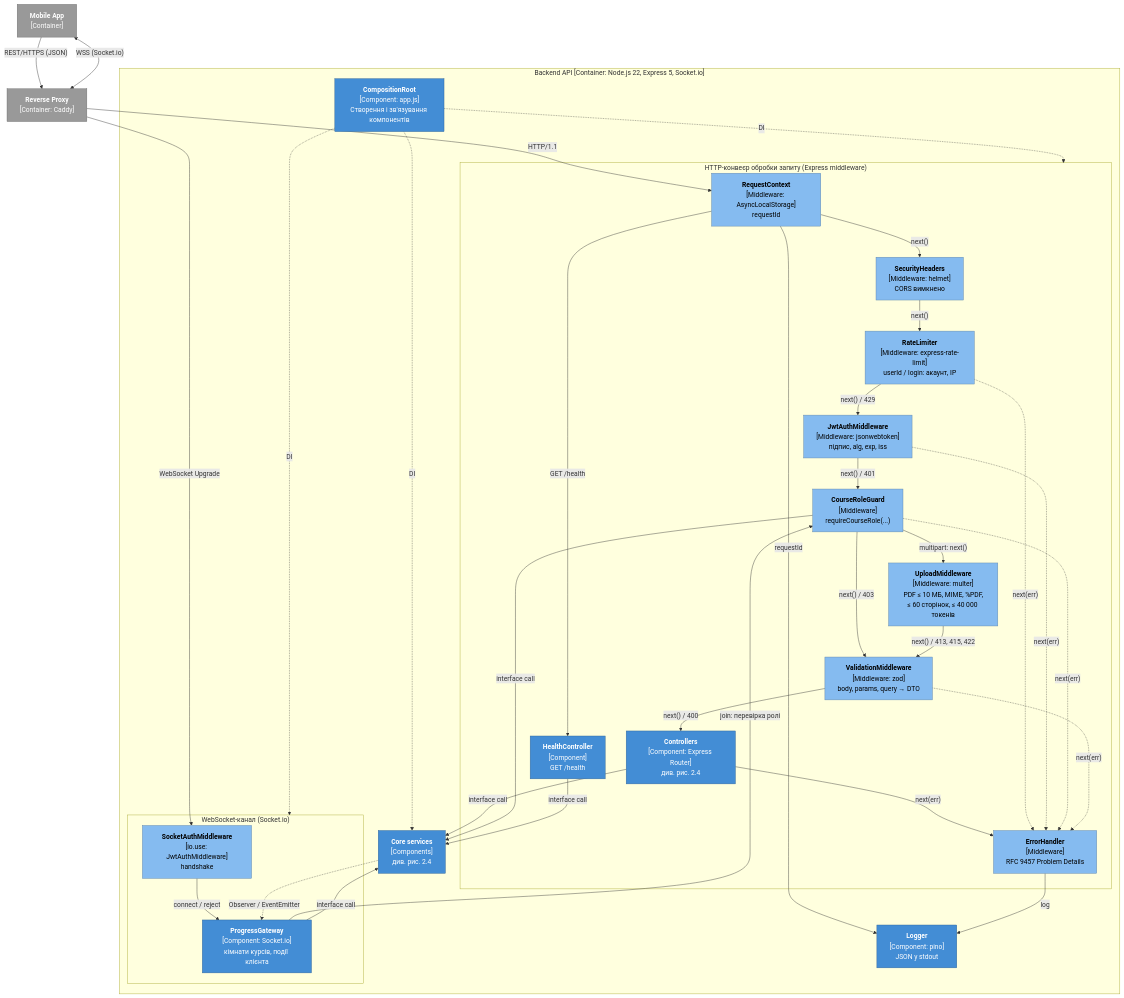
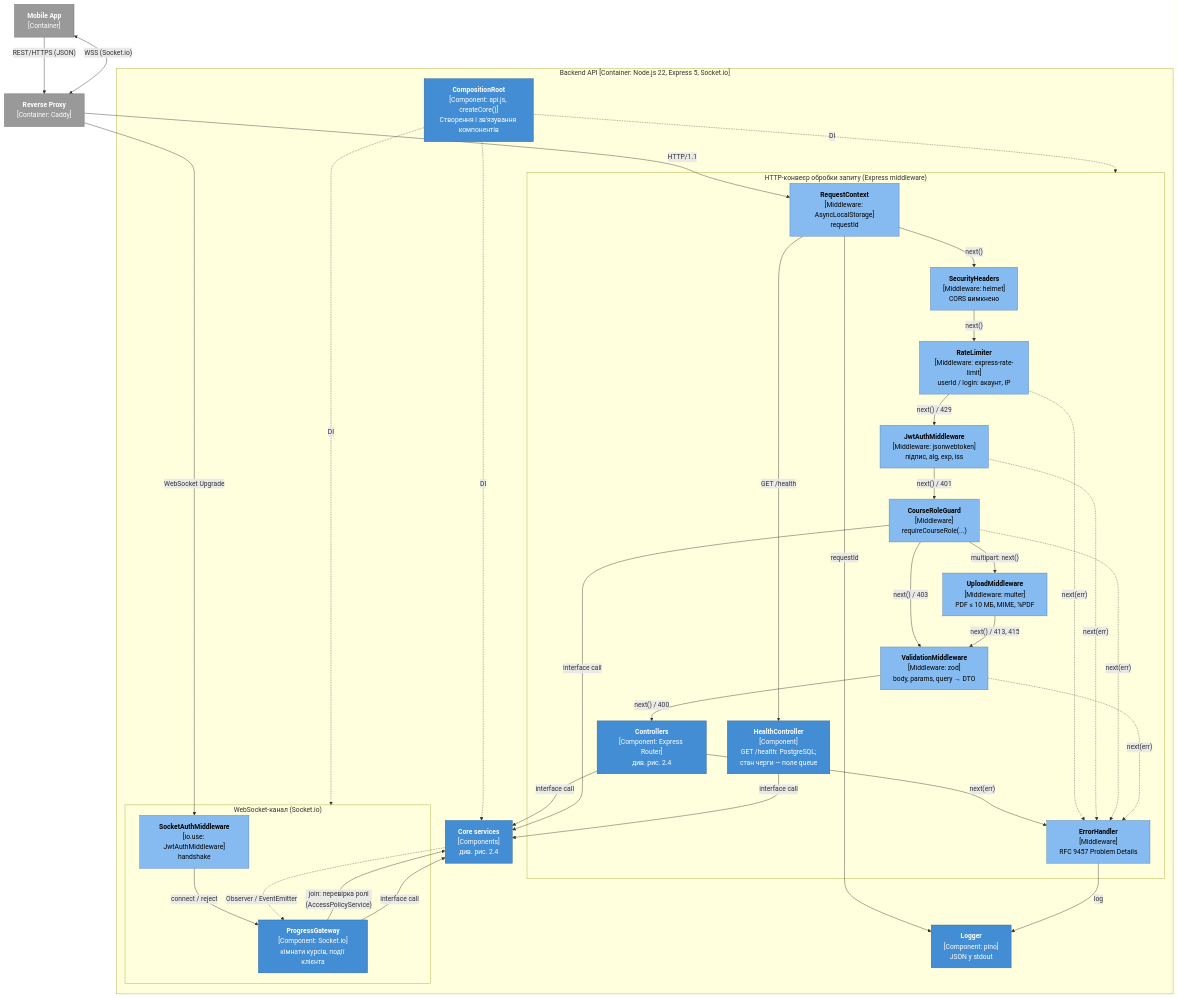
Before and after one commit to MarcoGr11/Recall: the third of 8 diagrams in docs/2_design.md, drawn with Mermaid. The commit also changed other lines of this file and 10 other files, not shown here.

Commit message:
docs: justify modular monolith style and code patterns after architectural audit

````diff
--- a/docs/2_design.md
+++ b/docs/2_design.md
@@ -314,65 +415,65 @@
 ```mermaid
 flowchart TB
     mobile["<b>Mobile App</b><br/>[Container]"]
     proxy["<b>Reverse Proxy</b><br/>[Container: Caddy]"]
 
     subgraph api["Backend API [Container: Node.js 22, Express 5, Socket.io]"]
-        root["<b>CompositionRoot</b><br/>[Component: app.js]<br/>Створення і зв'язування компонентів"]
+        root["<b>CompositionRoot</b><br/>[Component: api.js, createCore()]<br/>Створення і зв'язування компонентів"]
         subgraph http["HTTP-конвеєр обробки запиту (Express middleware)"]
             ctx["<b>RequestContext</b><br/>[Middleware: AsyncLocalStorage]<br/>requestId"]
             sec["<b>SecurityHeaders</b><br/>[Middleware: helmet]<br/>CORS вимкнено"]
             rl["<b>RateLimiter</b><br/>[Middleware: express-rate-limit]<br/>userId / login: акаунт, IP"]
             jwt["<b>JwtAuthMiddleware</b><br/>[Middleware: jsonwebtoken]<br/>підпис, alg, exp, iss"]
             guard["<b>CourseRoleGuard</b><br/>[Middleware]<br/>requireCourseRole(...)"]
-            upload["<b>UploadMiddleware</b><br/>[Middleware: multer]<br/>PDF ≤ 10 МБ, MIME, %PDF,<br/>≤ 60 сторінок, ≤ 40 000 токенів"]
+            upload["<b>UploadMiddleware</b><br/>[Middleware: multer]<br/>PDF ≤ 10 МБ, MIME, %PDF"]
             valid["<b>ValidationMiddleware</b><br/>[Middleware: zod]<br/>body, params, query → DTO"]
             ctrl["<b>Controllers</b><br/>[Component: Express Router]<br/>див. рис. 2.4"]
             err["<b>ErrorHandler</b><br/>[Middleware]<br/>RFC 9457 Problem Details"]
-            health["<b>HealthController</b><br/>[Component]<br/>GET /health"]
+            health["<b>HealthController</b><br/>[Component]<br/>GET /health: PostgreSQL;<br/>стан черги — поле queue"]
         end
         subgraph ws["WebSocket-канал (Socket.io)"]
             wsAuth["<b>SocketAuthMiddleware</b><br/>[io.use: JwtAuthMiddleware]<br/>handshake"]
             gw["<b>ProgressGateway</b><br/>[Component: Socket.io]<br/>кімнати курсів, події клієнта"]
         end
         logger["<b>Logger</b><br/>[Component: pino]<br/>JSON у stdout"]
         core["<b>Core services</b><br/>[Components]<br/>див. рис. 2.4"]
     end
 
     mobile -- "REST/HTTPS (JSON)" --> proxy
     mobile <-- "WSS (Socket.io)" --> proxy
     proxy -- "HTTP/1.1" --> ctx
     proxy -- "WebSocket Upgrade" --> wsAuth
     ctx -- "next()" --> sec
     ctx -- "GET /health" --> health
     sec -- "next()" --> rl
     rl -- "next() / 429" --> jwt
     jwt -- "next() / 401" --> guard
     guard -- "multipart: next()" --> upload
     guard -- "next() / 403" --> valid
-    upload -- "next() / 413, 415, 422" --> valid
+    upload -- "next() / 413, 415" --> valid
     valid -- "next() / 400" --> ctrl
     ctrl -- "interface call" --> core
     ctrl -- "next(err)" --> err
     rl -. "next(err)" .-> err
     jwt -. "next(err)" .-> err
     guard -. "next(err)" .-> err
     valid -. "next(err)" .-> err
     wsAuth -- "connect / reject" --> gw
-    gw -- "join: перевірка ролі" --> guard
+    gw -- "join: перевірка ролі<br/>(AccessPolicyService)" --> core
     guard -- "interface call" --> core
     health -- "interface call" --> core
     gw -- "interface call" --> core
     core -. "Observer / EventEmitter" .-> gw
     ctx -- "requestId" --> logger
     err -- "log" --> logger
     root -. "DI" .-> http
     root -. "DI" .-> ws
     root -. "DI" .-> core
 
     classDef ext fill:#999999,stroke:#6b6b6b,color:#fff
     classDef mw fill:#85bbf0,stroke:#5d82a8,color:#000
     classDef comp fill:#438dd5,stroke:#2e6295,color:#fff
     class mobile,proxy ext
     class ctx,sec,rl,jwt,guard,upload,valid,err,wsAuth mw
     class root,ctrl,health,gw,logger,core comp
 ```
````
